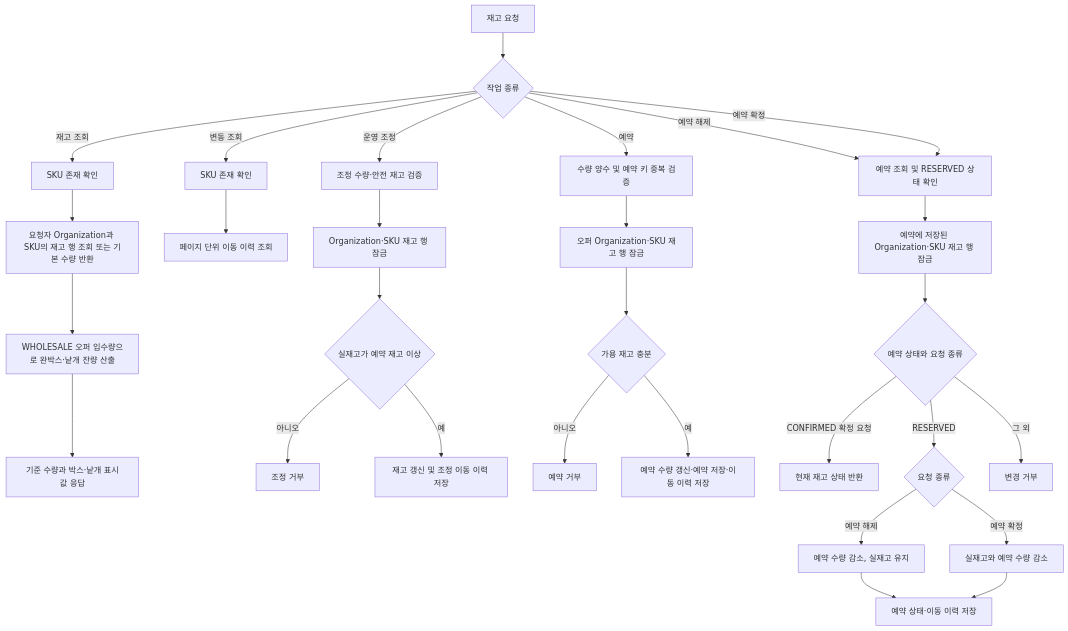
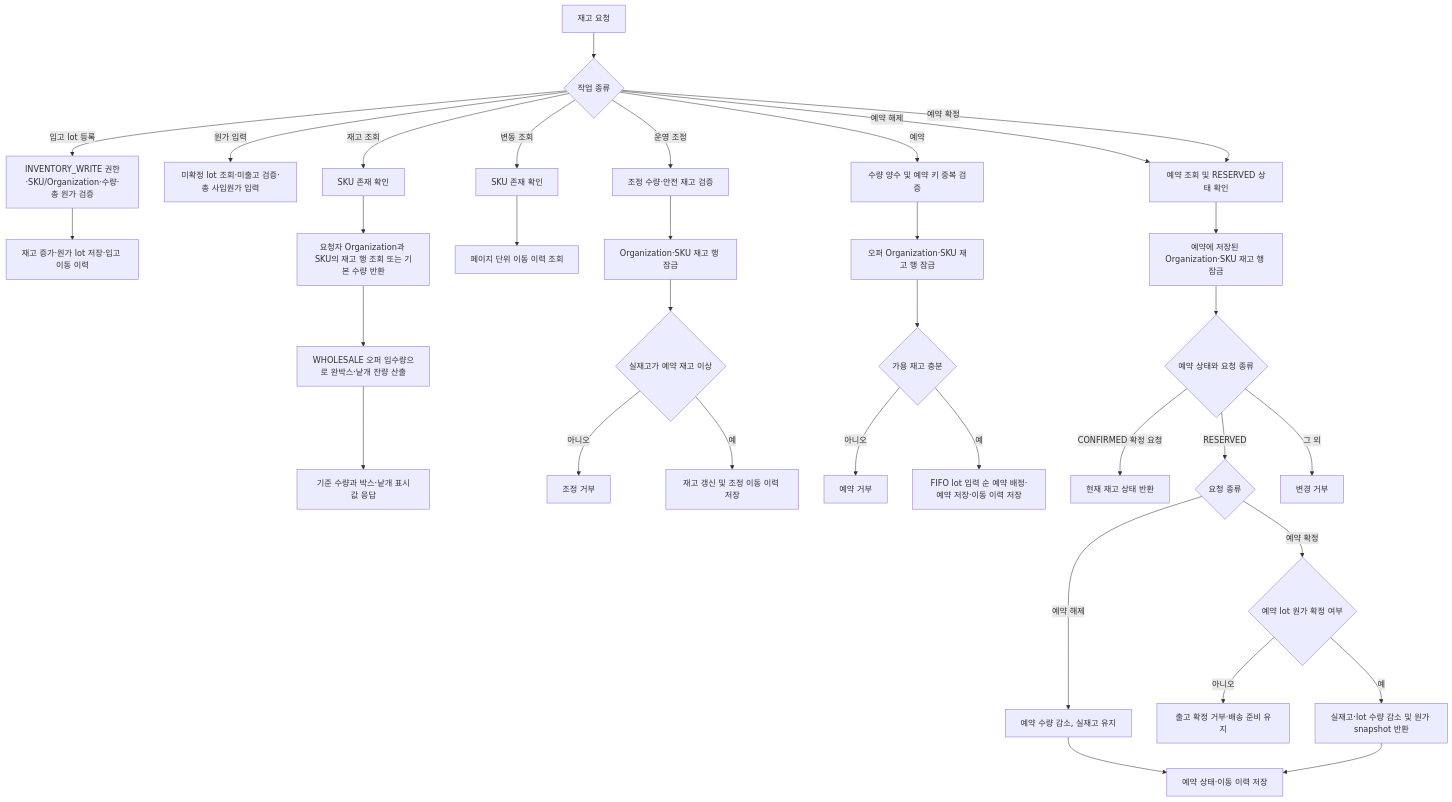
Before and after one commit to DongHyeonEom/umji-market-api: the first of 2 diagrams in docs/services/inventory.md, drawn with Mermaid. The commit also changed other lines of this file and 24 other files, not shown here.

Commit message:
feat: add FIFO inventory cost and item profit

````diff
--- a/docs/services/inventory.md
+++ b/docs/services/inventory.md
@@ -21,31 +24,36 @@
 ```mermaid
 flowchart TD
     A[재고 요청] --> B{작업 종류}
+    B -- 입고 lot 등록 --> RECEIPT[INVENTORY_WRITE 권한·SKU/Organization·수량·총 원가 검증]
+    RECEIPT --> STOCKIN[재고 증가·원가 lot 저장·입고 이동 이력]
+    B -- 원가 입력 --> LOTPRICE[미확정 lot 조회·미출고 검증·총 사입원가 입력]
     B -- 재고 조회 --> C[SKU 존재 확인]
     C --> D[요청자 Organization과 SKU의 재고 행 조회 또는 기본 수량 반환]
     D --> D2[WHOLESALE 오퍼 입수량으로 완박스·낱개 잔량 산출]
     D2 --> D3[기준 수량과 박스·낱개 표시값 응답]
     B -- 변동 조회 --> C1[SKU 존재 확인]
     C1 --> D1[페이지 단위 이동 이력 조회]
     B -- 운영 조정 --> E[조정 수량·안전 재고 검증]
     E --> F[Organization·SKU 재고 행 잠금]
     F --> G{실재고가 예약 재고 이상}
     G -- 아니오 --> H[조정 거부]
     G -- 예 --> I[재고 갱신 및 조정 이동 이력 저장]
     B -- 예약 --> J[수량 양수 및 예약 키 중복 검증]
     J --> K[오퍼 Organization·SKU 재고 행 잠금]
     K --> L{가용 재고 충분}
     L -- 아니오 --> M[예약 거부]
-    L -- 예 --> N[예약 수량 갱신·예약 저장·이동 이력 저장]
+    L -- 예 --> N[FIFO lot 입력 순 예약 배정·예약 저장·이동 이력 저장]
     B -- 예약 해제 --> O[예약 조회 및 RESERVED 상태 확인]
     B -- 예약 확정 --> O
     O --> P[예약에 저장된 Organization·SKU 재고 행 잠금]
     P --> Q{예약 상태와 요청 종류}
     Q -- CONFIRMED 확정 요청 --> R[현재 재고 상태 반환]
     Q -- RESERVED --> S{요청 종류}
     Q -- 그 외 --> T[변경 거부]
     S -- 예약 해제 --> U[예약 수량 감소, 실재고 유지]
-    S -- 예약 확정 --> V[실재고와 예약 수량 감소]
+    S -- 예약 확정 --> VC{예약 lot 원가 확정 여부}
+    VC -- 아니오 --> CB[출고 확정 거부·배송 준비 유지]
+    VC -- 예 --> V[실재고·lot 수량 감소 및 원가 snapshot 반환]
     U --> W[예약 상태·이동 이력 저장]
     V --> W
 ```
````
